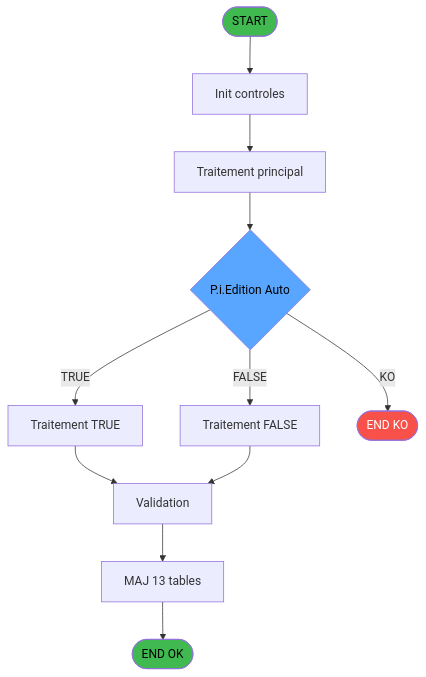
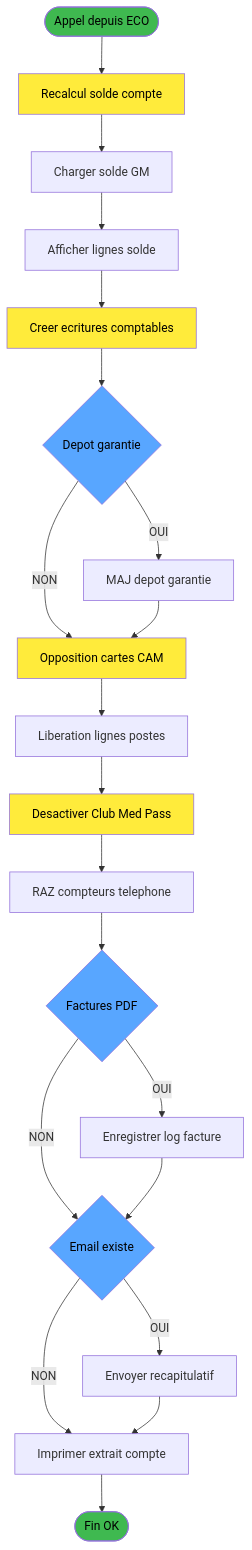
One commit to thonyAGP/lecteur-magic changed the first of 3 diagrams in .openspec/specs/ADH-IDE-64.md. Above: the diagram before and after it, drawn with Mermaid. The commit also changed other lines of this file and 18 other files, not shown here.

````diff
--- a/.openspec/specs/ADH-IDE-64.md
+++ b/.openspec/specs/ADH-IDE-64.md
@@ -510,24 +582,50 @@
 ```mermaid
 flowchart TD
-    START([START])
-    INIT[Init controles]
-    SAISIE[Traitement principal]
-    DECISION{P.i.Edition Auto}
-    BR1[Traitement TRUE]
-    BR2[Traitement FALSE]
-    VALID[Validation]
-    UPDATE[MAJ 13 tables]
-    ENDOK([END OK])
-    ENDKO([END KO])
+    START([Appel depuis ECO])
+    RECALC[Recalcul solde compte]
+    SOLDEGM[Charger solde GM]
+    LIGNES[Afficher lignes solde]
+    ECRITURES[Creer ecritures comptables]
+    CHKGAR{Depot garantie}
+    MAJGAR[MAJ depot garantie]
+    OPPCAM[Opposition cartes CAM]
+    LIBLIG[Liberation lignes postes]
+    DESACT[Desactiver Club Med Pass]
+    DECTEL[RAZ compteurs telephone]
+    CHKFACT{Factures PDF}
+    LOGFACT[Enregistrer log facture]
+    CHKMAIL{Email existe}
+    SENDMAIL[Envoyer recapitulatif]
+    EDITION[Imprimer extrait compte]
+    ENDOK([Fin OK])
 
-    START --> INIT --> SAISIE --> DECISION
-    DECISION -->|TRUE| BR1 --> VALID
-    DECISION -->|FALSE| BR2 --> VALID
-    VALID --> UPDATE --> ENDOK
-    DECISION -->|KO| ENDKO
+    START --> RECALC
+    RECALC --> SOLDEGM
+    SOLDEGM --> LIGNES
+    LIGNES --> ECRITURES
+    ECRITURES --> CHKGAR
+    CHKGAR -->|OUI| MAJGAR
+    CHKGAR -->|NON| OPPCAM
+    MAJGAR --> OPPCAM
+    OPPCAM --> LIBLIG
+    LIBLIG --> DESACT
+    DESACT --> DECTEL
+    DECTEL --> CHKFACT
+    CHKFACT -->|OUI| LOGFACT
+    CHKFACT -->|NON| CHKMAIL
+    LOGFACT --> CHKMAIL
+    CHKMAIL -->|OUI| SENDMAIL
+    CHKMAIL -->|NON| EDITION
+    SENDMAIL --> EDITION
+    EDITION --> ENDOK
 
     style START fill:#3fb950,color:#000
     style ENDOK fill:#3fb950,color:#000
-    style ENDKO fill:#f85149,color:#fff
-    style DECISION fill:#58a6ff,color:#000
+    style CHKGAR fill:#58a6ff,color:#000
+    style CHKFACT fill:#58a6ff,color:#000
+    style CHKMAIL fill:#58a6ff,color:#000
+    style RECALC fill:#ffeb3b,color:#000
+    style ECRITURES fill:#ffeb3b,color:#000
+    style OPPCAM fill:#ffeb3b,color:#000
+    style DESACT fill:#ffeb3b,color:#000
 ```
````
